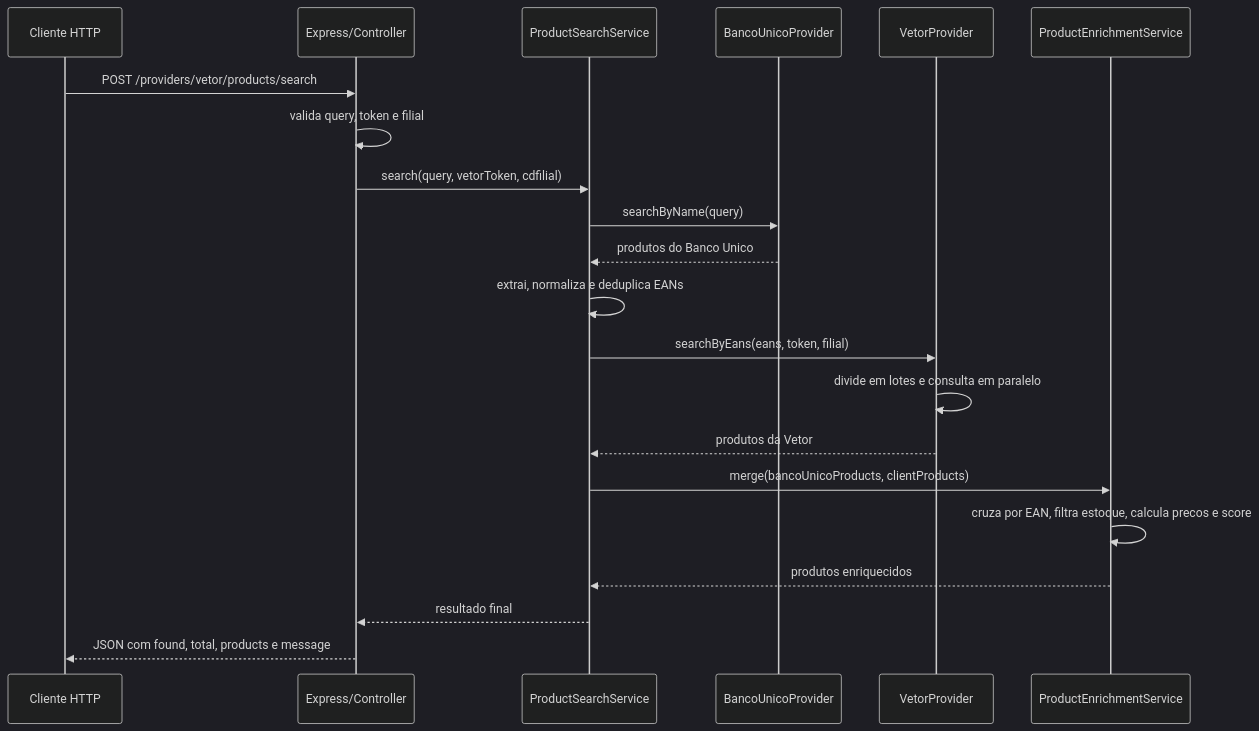
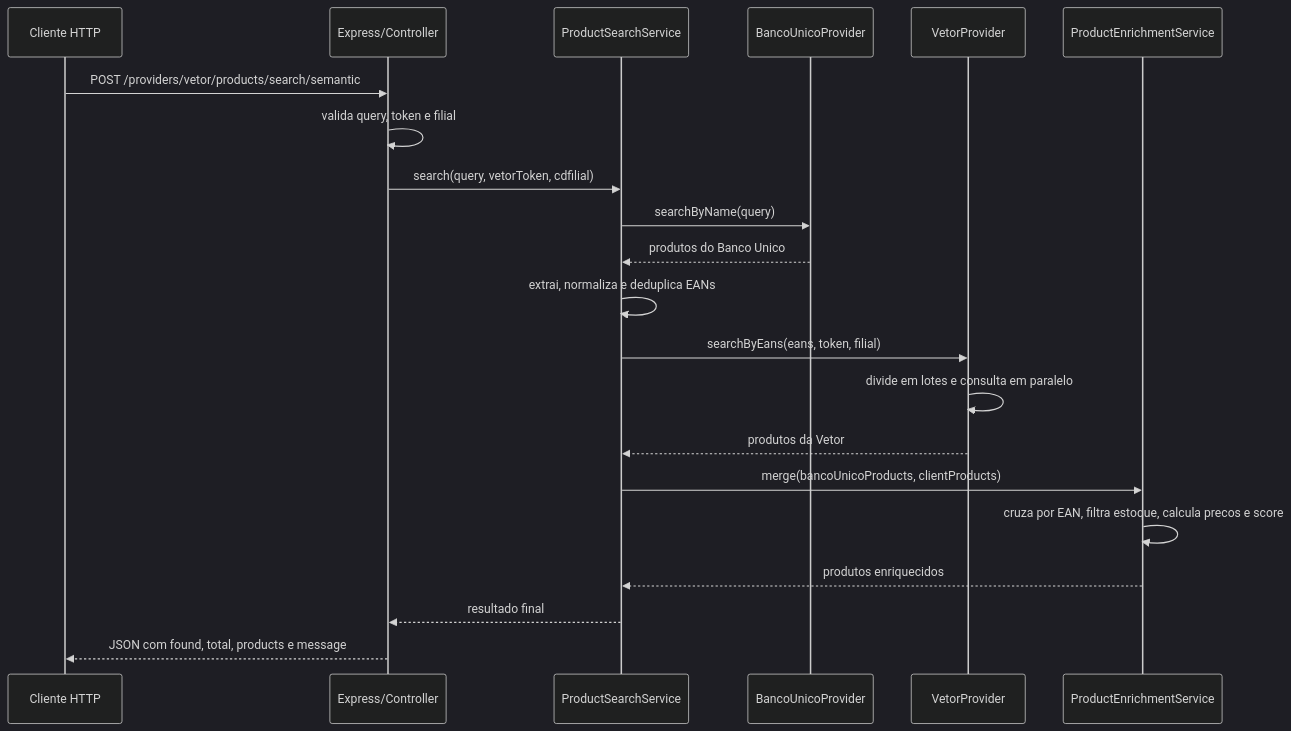
One commit to gabrielrodrigueslb/product_search_v2 changed the diagram in docs/fluxo-e-arquitetura.md. Above: the diagram before and after it, drawn with Mermaid (dark theme). The commit also changed other lines of this file and 3 other files, not shown here.

````diff
--- a/docs/fluxo-e-arquitetura.md
+++ b/docs/fluxo-e-arquitetura.md
@@ -369,24 +369,24 @@
 ```mermaid
 sequenceDiagram
     participant C as Cliente HTTP
     participant API as Express/Controller
     participant BUSCA as ProductSearchService
     participant BU as BancoUnicoProvider
     participant VT as VetorProvider
     participant ENR as ProductEnrichmentService
 
-    C->>API: POST /providers/vetor/products/search
+    C->>API: POST /providers/vetor/products/search/semantic
     API->>API: valida query, token e filial
     API->>BUSCA: search(query, vetorToken, cdfilial)
     BUSCA->>BU: searchByName(query)
     BU-->>BUSCA: produtos do Banco Unico
     BUSCA->>BUSCA: extrai, normaliza e deduplica EANs
     BUSCA->>VT: searchByEans(eans, token, filial)
     VT->>VT: divide em lotes e consulta em paralelo
     VT-->>BUSCA: produtos da Vetor
     BUSCA->>ENR: merge(bancoUnicoProducts, clientProducts)
     ENR->>ENR: cruza por EAN, filtra estoque, calcula precos e score
     ENR-->>BUSCA: produtos enriquecidos
     BUSCA-->>API: resultado final
     API-->>C: JSON com found, total, products e message
 ```
````
